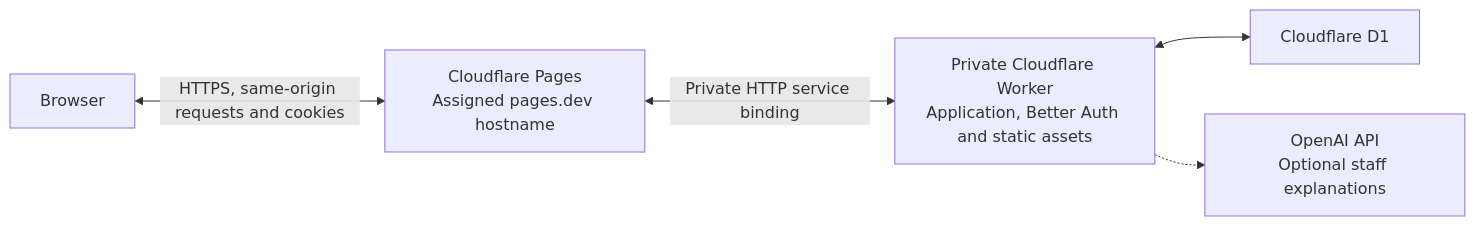
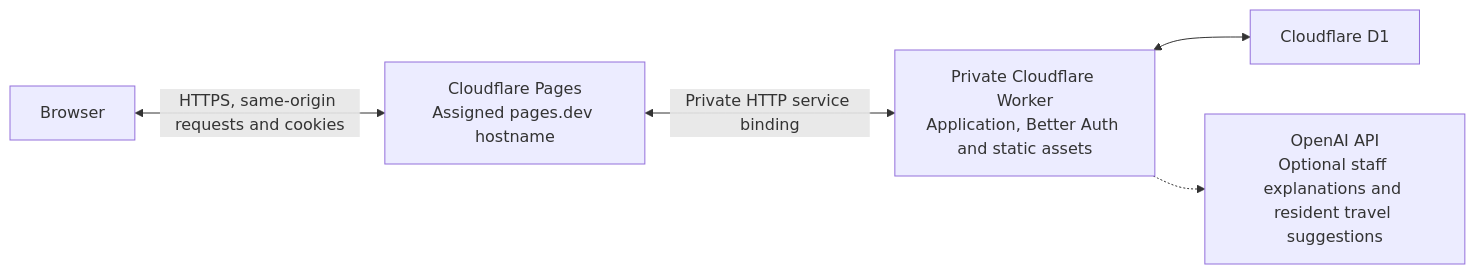
One commit to denis-barkov/block_fit_app changed the diagram in doc/architecture.md. Above: the diagram before and after it, drawn with Mermaid. The commit also changed other lines of this file and 41 other files, not shown here.

````diff
--- a/doc/architecture.md
+++ b/doc/architecture.md
@@ -3,13 +3,13 @@
 ```mermaid
 flowchart LR
     browser["Browser"]
     pages["Cloudflare Pages<br/>Assigned pages.dev hostname"]
     worker["Private Cloudflare Worker<br/>Application, Better Auth and static assets"]
     d1["Cloudflare D1"]
-    openai["OpenAI API<br/>Optional staff explanations"]
+    openai["OpenAI API<br/>Optional staff explanations and resident travel suggestions"]
 
     browser <-->|"HTTPS, same-origin requests and cookies"| pages
     pages <-->|"Private HTTP service binding"| worker
     worker <--> d1
     worker -.-> openai
 ```
````
